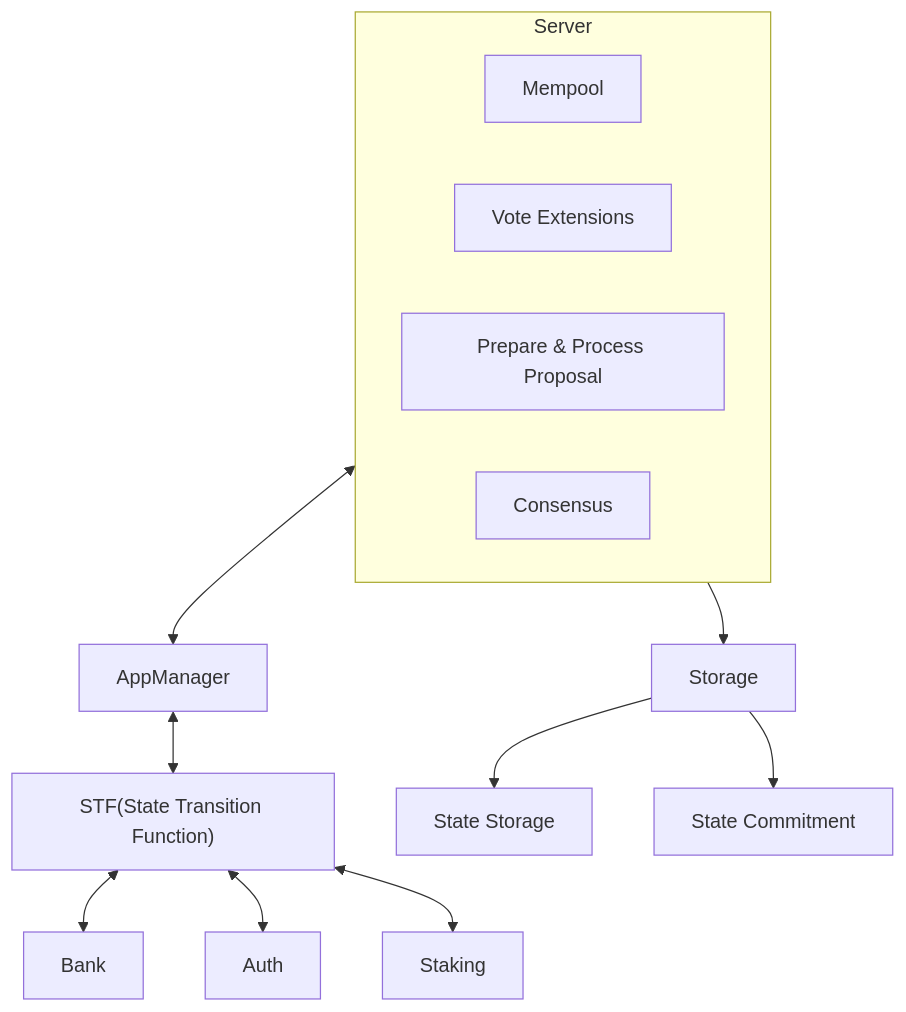
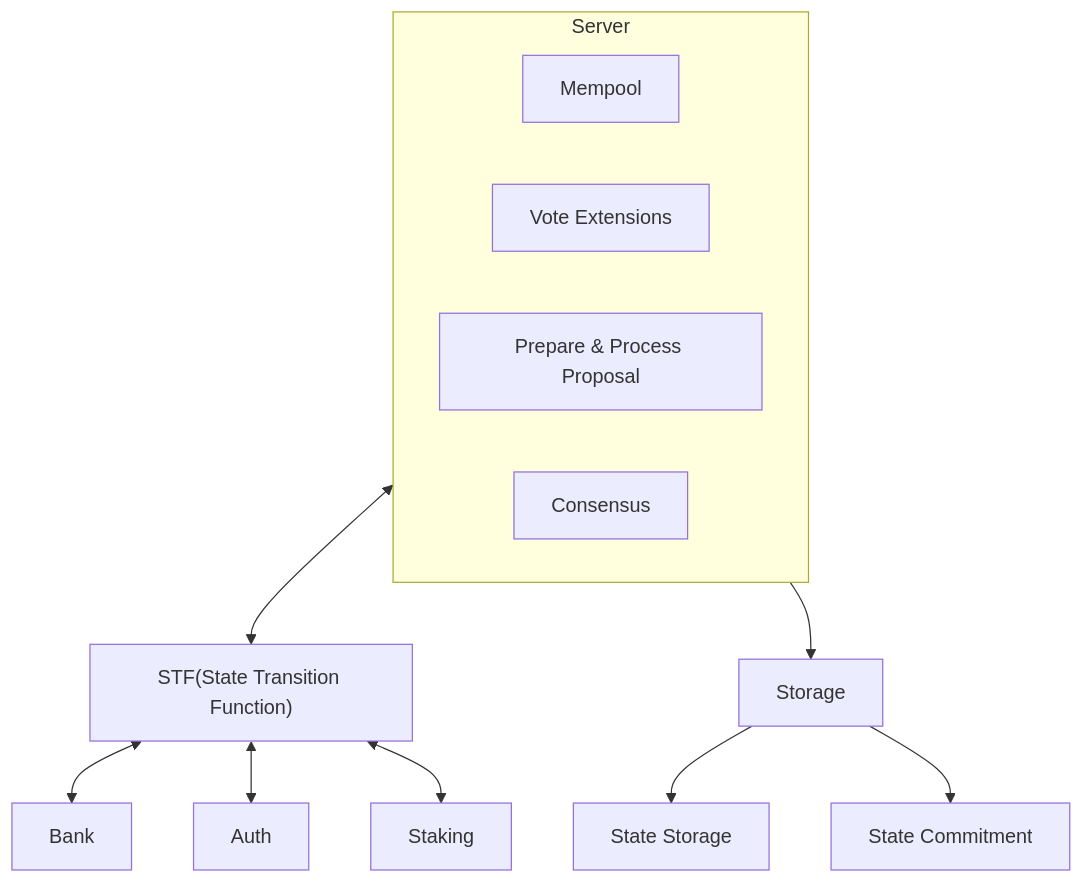
One commit to cosmos/cosmos-sdk changed the second of 3 diagrams in docs/architecture/adr-75-v2.md. Above: the diagram before and after it, drawn with Mermaid. The commit also changed other lines of this file, not shown here.

````diff
--- a/docs/architecture/adr-75-v2.md
+++ b/docs/architecture/adr-75-v2.md
@@ -72,17 +71,16 @@
 ```mermaid
 graph TD
     subgraph Server
         Mempool
         E[Vote Extensions]
         F[Prepare & Process Proposal]
         Consensus
     end
-Server <--> A[AppManager]
-A[AppManager] <--> B["STF(State Transition Function)"]
+Server <--> B["STF(State Transition Function)"]
 B <--> C[Bank]
 B <--> D[Auth]
 B <--> G[Staking]
 Server --> H[Storage]
 H --> I[State Storage]
 H --> J[State Commitment]
 ```
````
